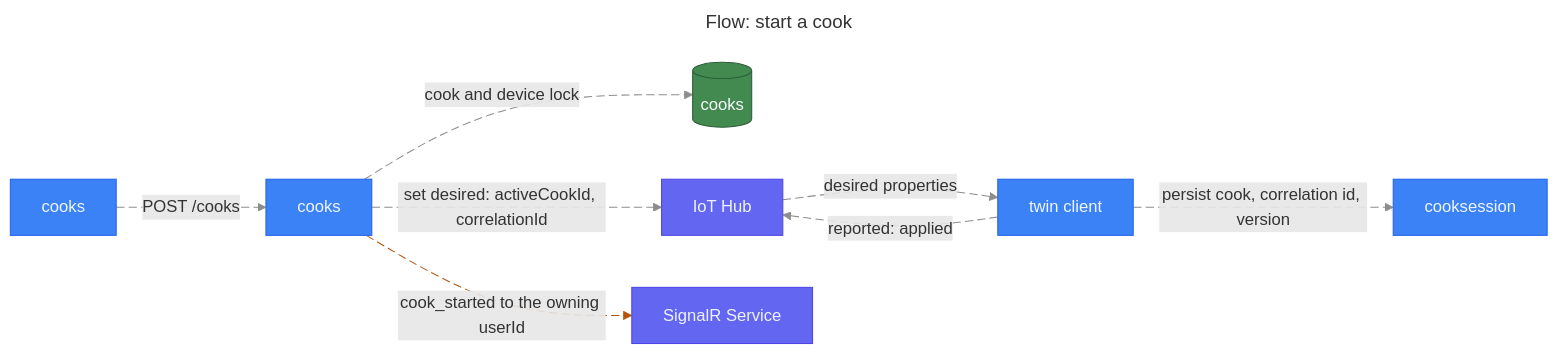
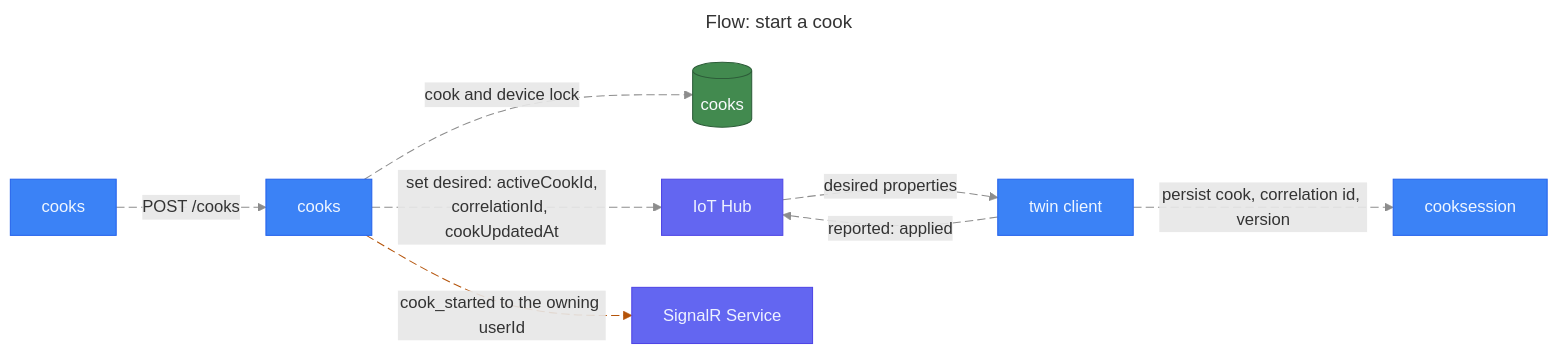
Before and after one commit to stevebargelt/meatgeekv2: diagram 13 of 20 in docs/architecture/diagrams.md, drawn with Mermaid. The commit also changed other lines of this file and 2 other files, not shown here.

First line of the commit message:
docs(architecture): HAR-153 the model catches up with the hardware-run fixes (HAR-148 to HAR-152)

````diff
--- a/docs/architecture/diagrams.md
+++ b/docs/architecture/diagrams.md
@@ -1118,28 +1122,29 @@
 ```mermaid
 ---
 title: "Flow: start a cook"
 ---
 graph LR
   MeatgeekWebCooks@{ shape: rectangle, label: "cooks" }
   MeatgeekCloudApiCooks@{ shape: rectangle, label: "cooks" }
   MeatgeekCloudDataCooks@{ shape: cylinder, label: "cooks" }
   MeatgeekCloudIngestIothub@{ shape: rectangle, label: "IoT Hub" }
   MeatgeekEdgePusherTwin@{ shape: rectangle, label: "twin client" }
   MeatgeekEdgePusherSession@{ shape: rectangle, label: "cooksession" }
   MeatgeekCloudRealtime@{ shape: rectangle, label: "SignalR Service" }
   MeatgeekWebCooks -. "`POST /cooks`" .-> MeatgeekCloudApiCooks
   MeatgeekCloudApiCooks -. "`cook and device lock`" .-> MeatgeekCloudDataCooks
-  MeatgeekCloudApiCooks -. "`set desired: activeCookId, correlationId`" .-> MeatgeekCloudIngestIothub
+  MeatgeekCloudApiCooks -. "`set desired: activeCookId,
+correlationId, cookUpdatedAt`" .-> MeatgeekCloudIngestIothub
   MeatgeekCloudIngestIothub -. "`desired properties`" .-> MeatgeekEdgePusherTwin
   MeatgeekEdgePusherTwin -. "`persist cook, correlation id, version`" .-> MeatgeekEdgePusherSession
   MeatgeekEdgePusherTwin -. "`reported: applied`" .-> MeatgeekCloudIngestIothub
   MeatgeekCloudApiCooks -. "`cook_started to the owning userId`" .-> MeatgeekCloudRealtime
   classDef primary fill:#3b82f6,stroke:#2563eb,color:#eff6ff
   class MeatgeekWebCooks,MeatgeekCloudApiCooks,MeatgeekEdgePusherTwin,MeatgeekEdgePusherSession primary
   classDef green fill:#428a4f,stroke:#2d5d39,color:#f8fafc
   class MeatgeekCloudDataCooks green
   classDef indigo fill:#6366f1,stroke:#4f46e5,color:#eef2ff
   class MeatgeekCloudIngestIothub,MeatgeekCloudRealtime indigo
   linkStyle 0,1,2,3,4,5 stroke:#8D8D8D,stroke-dasharray:8 4
   linkStyle 6 stroke:#b45309,stroke-dasharray:8 4
 ```
````
